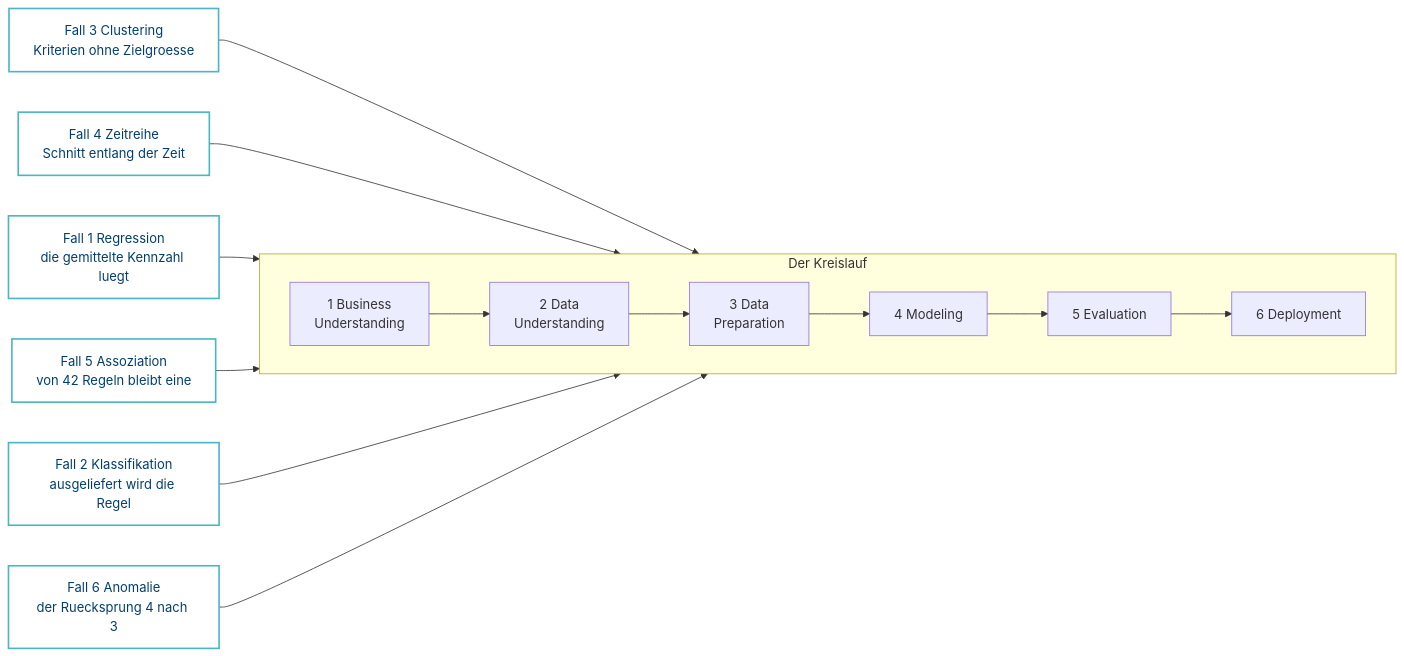
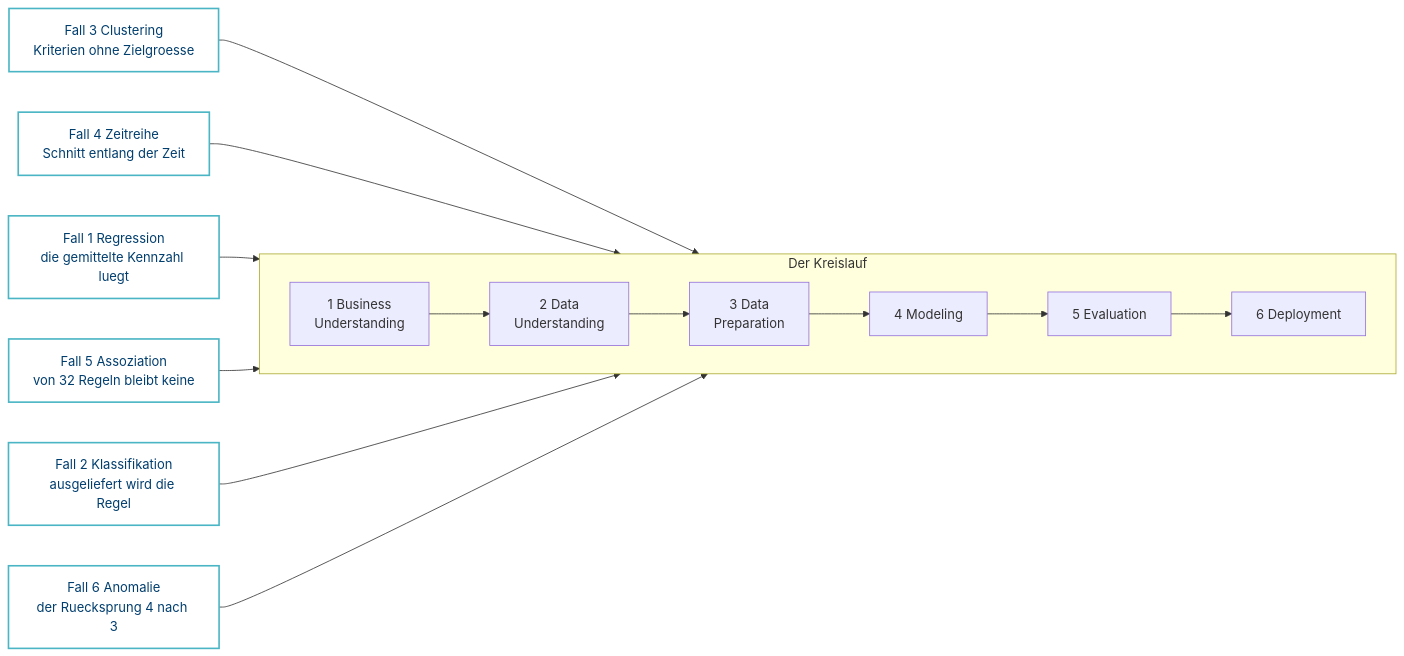
One commit to swrobuts/velocity-fallstudie changed the diagram in doku/analytics/diagramme/crispdm-faelle.mmd. Above: the diagram before and after it, drawn with Mermaid. The commit also changed 55 other files, not shown here.

```diff
--- a/doku/analytics/diagramme/crispdm-faelle.mmd
+++ b/doku/analytics/diagramme/crispdm-faelle.mmd
@@ -1,22 +1,22 @@
 %% Welcher Fall beleuchtet welche Phase? Die Grundlage der Deckstruktur.
 flowchart LR
     subgraph K["Der Kreislauf"]
         direction LR
         P1["1 Business<br/>Understanding"]
         P2["2 Data<br/>Understanding"]
         P3["3 Data<br/>Preparation"]
         P4["4 Modeling"]
         P5["5 Evaluation"]
         P6["6 Deployment"]
         P1 --> P2 --> P3 --> P4 --> P5 --> P6
     end
 
     F3["Fall 3 Clustering<br/>Kriterien ohne Zielgroesse"] --> P1
     F4["Fall 4 Zeitreihe<br/>Schnitt entlang der Zeit"] --> P3
     F1["Fall 1 Regression<br/>die gemittelte Kennzahl luegt"] --> P5
-    F5["Fall 5 Assoziation<br/>von 42 Regeln bleibt eine"] --> P5
+    F5["Fall 5 Assoziation<br/>von 32 Regeln bleibt keine"] --> P5
     F2["Fall 2 Klassifikation<br/>ausgeliefert wird die Regel"] --> P6
     F6["Fall 6 Anomalie<br/>der Ruecksprung 4 nach 3"] --> P4
 
     classDef fall fill:#FFFFFF,stroke:#4AB5C4,stroke-width:2px,color:#003E6E
     class F1,F2,F3,F4,F5,F6 fall
```
